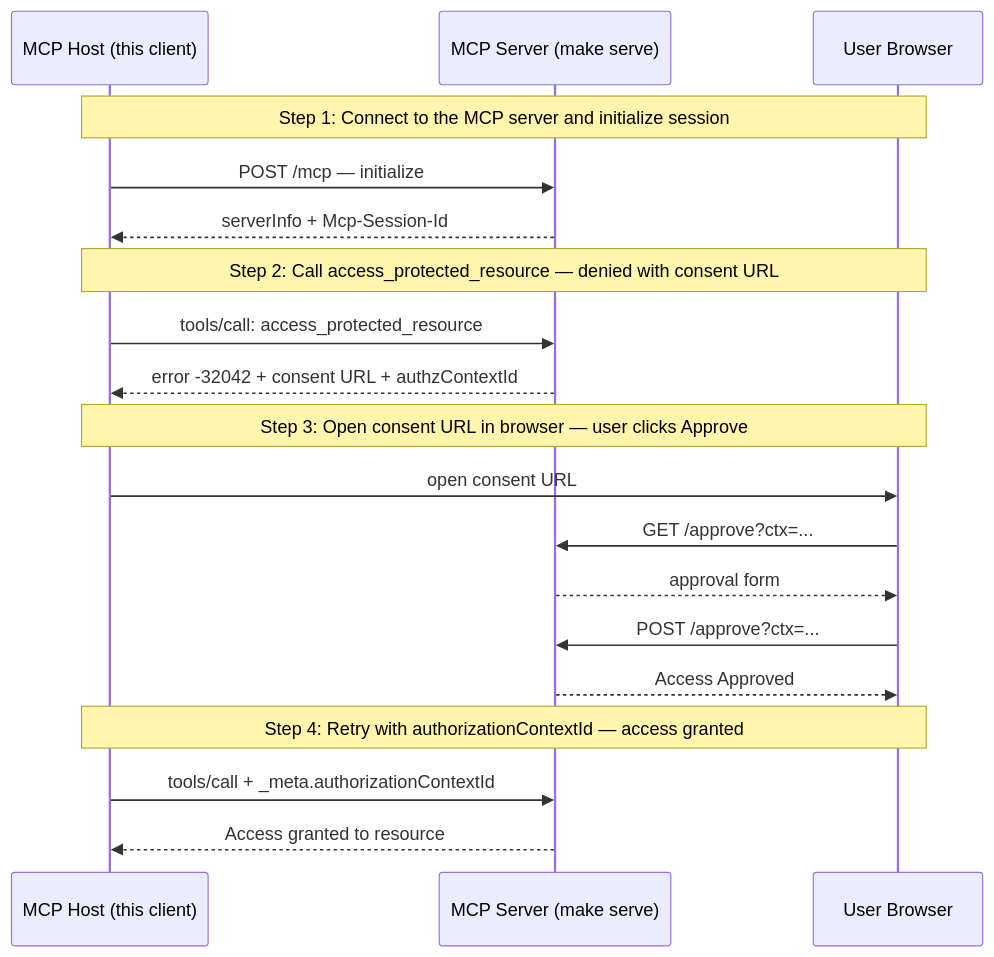
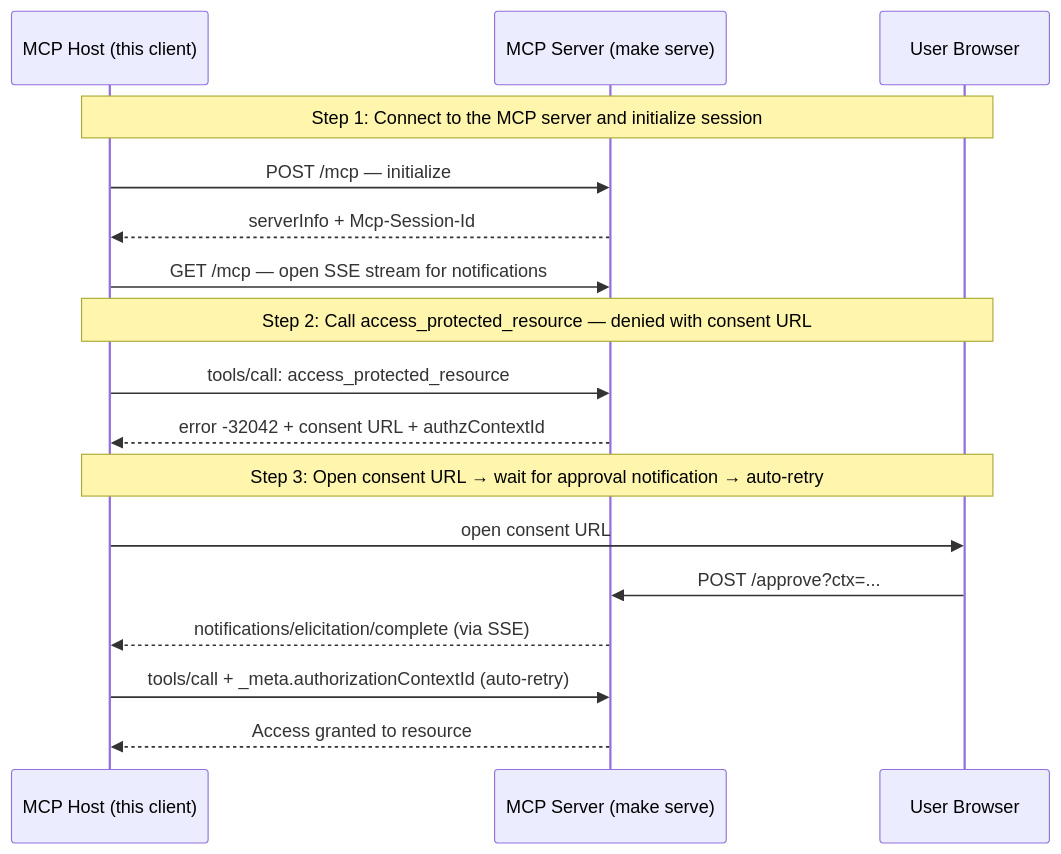
One commit to panyam/mcpkit changed the diagram in examples/elicitation/README.md. Above: the diagram before and after it, drawn with Mermaid. The commit also changed other lines of this file and 2 other files, not shown here.

First line of the commit message:
feat(fine-grained-auth): parse remediationHints to drive step-up

````diff
--- a/examples/elicitation/README.md
+++ b/examples/elicitation/README.md
@@ -14,25 +13,22 @@
 ```mermaid
 sequenceDiagram
     participant Host as MCP Host (this client)
     participant Server as MCP Server (make serve)
     participant Browser as User Browser
 
     Note over Host,Browser: Step 1: Connect to the MCP server and initialize session
     Host->>Server: POST /mcp — initialize
     Server-->>Host: serverInfo + Mcp-Session-Id
+    Host->>Server: GET /mcp — open SSE stream for notifications
 
     Note over Host,Browser: Step 2: Call access_protected_resource — denied with consent URL
     Host->>Server: tools/call: access_protected_resource
     Server-->>Host: error -32042 + consent URL + authzContextId
 
-    Note over Host,Browser: Step 3: Open consent URL in browser — user clicks Approve
+    Note over Host,Browser: Step 3: Open consent URL → wait for approval notification → auto-retry
     Host->>Browser: open consent URL
-    Browser->>Server: GET /approve?ctx=...
-    Server-->>Browser: approval form
     Browser->>Server: POST /approve?ctx=...
-    Server-->>Browser: Access Approved
-
-    Note over Host,Browser: Step 4: Retry with authorizationContextId — access granted
-    Host->>Server: tools/call + _meta.authorizationContextId
+    Server-->>Host: notifications/elicitation/complete (via SSE)
+    Host->>Server: tools/call + _meta.authorizationContextId (auto-retry)
     Server-->>Host: Access granted to resource
 ```
````
